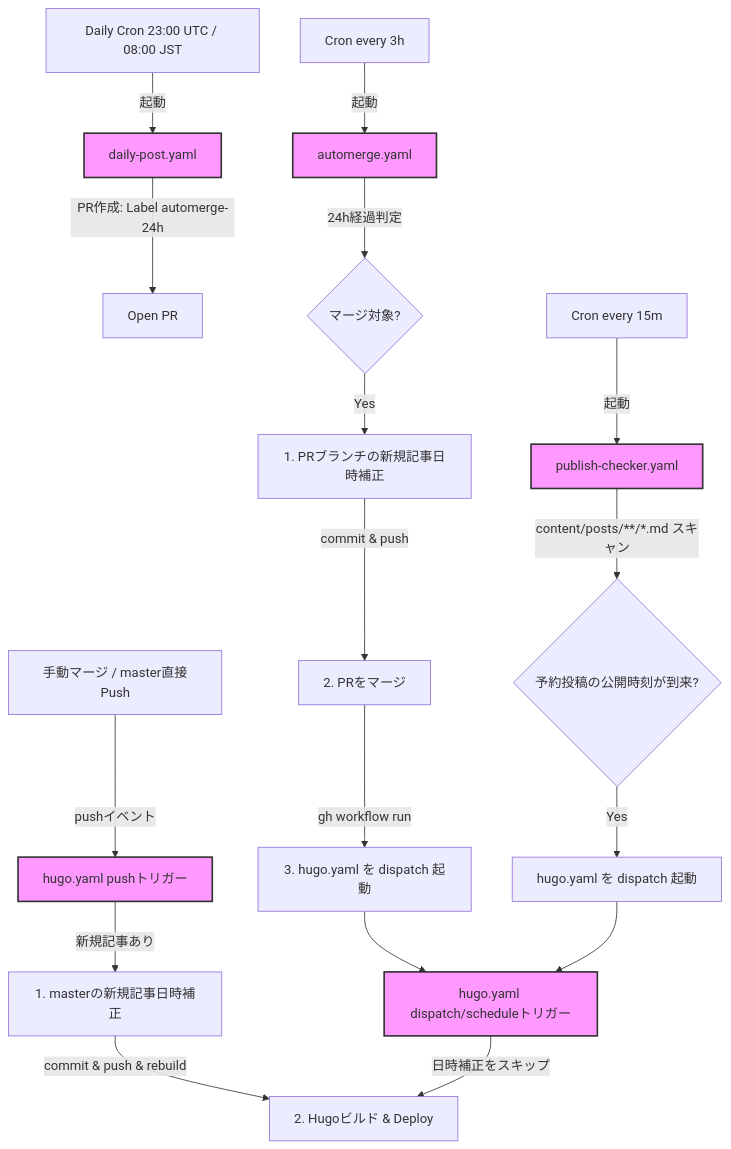
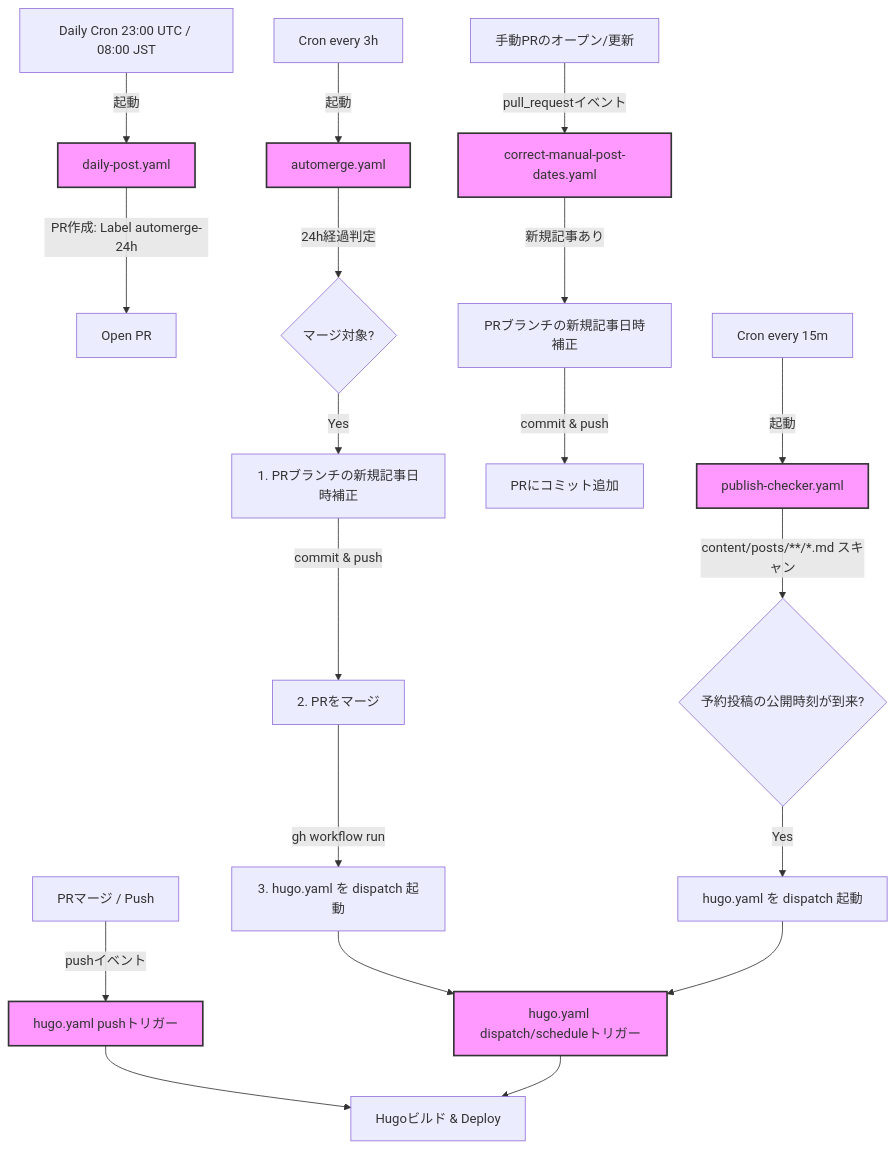
Before and after one commit to kuchida1981/kuchida1981.github.io: the diagram in .github/workflows/README.md, drawn with Mermaid. The commit also changed other lines of this file and 3 other files, not shown here.

Commit message:
feat: correct manual post dates on PR branch before merge (branch protection compliant)

````diff
--- a/.github/workflows/README.md
+++ b/.github/workflows/README.md
@@ -18,29 +19,32 @@
 ```mermaid
 graph TD
     %% トリガーとワークフロー
     DailyCron[Daily Cron 23:00 UTC / 08:00 JST] -->|起動| DailyPost[daily-post.yaml]
     DailyPost -->|PR作成: Label automerge-24h| PR[Open PR]
 
     MergeCron[Cron every 3h] -->|起動| AutoMerge[automerge.yaml]
     AutoMerge -->|24h経過判定| IsEligible{マージ対象?}
     IsEligible -->|Yes| CorrectDatePR[1. PRブランチの新規記事日時補正]
     CorrectDatePR -->|commit & push| MergePR[2. PRをマージ]
     MergePR -->|gh workflow run| TriggerHugo[3. hugo.yaml を dispatch 起動]
 
-    ManualMerge[手動マージ / master直接Push] -->|pushイベント| HugoPush[hugo.yaml pushトリガー]
-    HugoPush -->|新規記事あり| CorrectDateMaster[1. masterの新規記事日時補正]
-    CorrectDateMaster -->|commit & push & rebuild| HugoBuild[2. Hugoビルド & Deploy]
+    ManualPR[手動PRのオープン/更新] -->|pull_requestイベント| CorrectManual[correct-manual-post-dates.yaml]
+    CorrectManual -->|新規記事あり| CorrectDateManualPR[PRブランチの新規記事日時補正]
+    CorrectDateManualPR -->|commit & push| PRManual[PRにコミット追加]
+
+    ManualMerge[PRマージ / Push] -->|pushイベント| HugoPush[hugo.yaml pushトリガー]
+    HugoPush --> HugoBuild[Hugoビルド & Deploy]
 
     CheckerCron[Cron every 15m] -->|起動| PublishChecker[publish-checker.yaml]
     PublishChecker -->|content/posts/**/*.md スキャン| HasScheduled{予約投稿の公開時刻が到来?}
     HasScheduled -->|Yes| TriggerHugo2[hugo.yaml を dispatch 起動]
 
     %% Hugo起動
     TriggerHugo --> HugoDispatch[hugo.yaml dispatch/scheduleトリガー]
     TriggerHugo2 --> HugoDispatch
-    HugoDispatch -->|日時補正をスキップ| HugoBuild
+    HugoDispatch --> HugoBuild
 
     %% スタイル
     classDef workflow fill:#f9f,stroke:#333,stroke-width:2px;
-    class DailyPost,AutoMerge,HugoPush,PublishChecker,HugoDispatch workflow;
+    class DailyPost,AutoMerge,HugoPush,PublishChecker,HugoDispatch,CorrectManual workflow;
 ```
````
